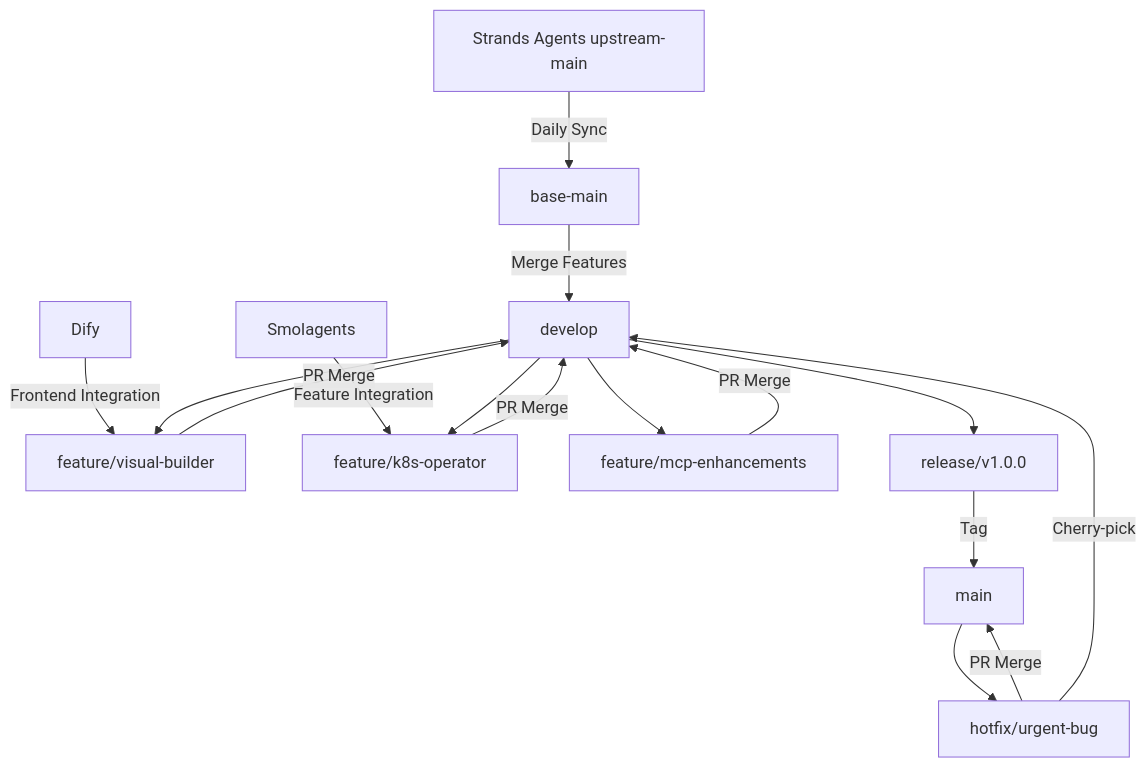
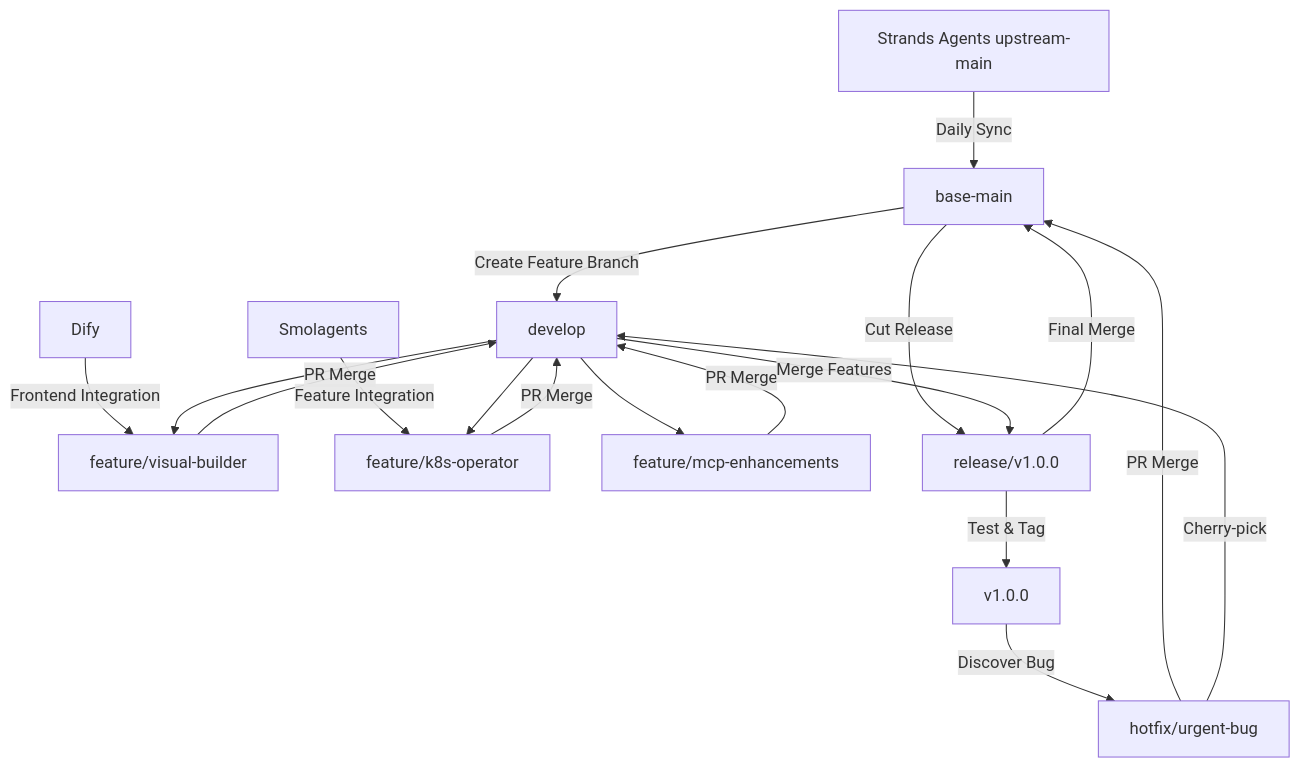
The diagram in branching-workflow.md (strands-agents/sdk-python), drawn with Mermaid before and after one commit.

Commit message:
Chenging upstream synx logic

````diff
--- a/branching-workflow.md
+++ b/branching-workflow.md
@@ -1,40 +1,43 @@
 ```mermaid
 graph TD
     %% External Repositories
     upstream_main[Strands Agents upstream-main]
     dify[Dify]
     smolagents[Smolagents]
 
-    %% StrandForge Organization Branches
+    %% StrandForge Branches
     base_main[base-main]
     develop[develop]
     feature_visual_builder[feature/visual-builder]
     feature_k8s_operator[feature/k8s-operator]
     feature_mcp_enhancements[feature/mcp-enhancements]
     release_v1[release/v1.0.0]
-    main[main]
     hotfix_urgent_bug[hotfix/urgent-bug]
 
     %% Upstream sync and feature integration
     upstream_main -->|Daily Sync| base_main
-    base_main -->|Merge Features| develop
+    base_main -->|Create Feature Branch| develop
     dify -->|Frontend Integration| feature_visual_builder
     smolagents -->|Feature Integration| feature_k8s_operator
 
     %% Feature branches from develop
     develop --> feature_visual_builder
     develop --> feature_k8s_operator
     develop --> feature_mcp_enhancements
 
-    %% Merge feature branches back to develop
+    %% Merge features to develop
     feature_visual_builder -->|PR Merge| develop
     feature_k8s_operator -->|PR Merge| develop
     feature_mcp_enhancements -->|PR Merge| develop
 
-    %% Release and hotfix flow
-    develop --> release_v1
-    release_v1 -->|Tag| main
-    main --> hotfix_urgent_bug
-    hotfix_urgent_bug -->|PR Merge| main
+    %% Release flow
+    base_main -->|Cut Release| release_v1
+    develop -->|Merge Features| release_v1
+    release_v1 -->|Test & Tag| v1.0.0
+    release_v1 -->|Final Merge| base_main
+
+    %% Hotfix flow
+    v1.0.0 -->|Discover Bug| hotfix_urgent_bug
+    hotfix_urgent_bug -->|PR Merge| base_main
     hotfix_urgent_bug -->|Cherry-pick| develop
 ```
````
